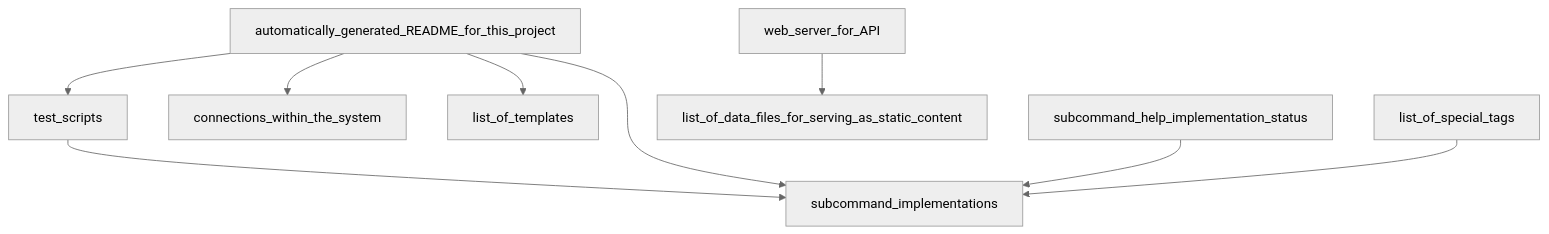
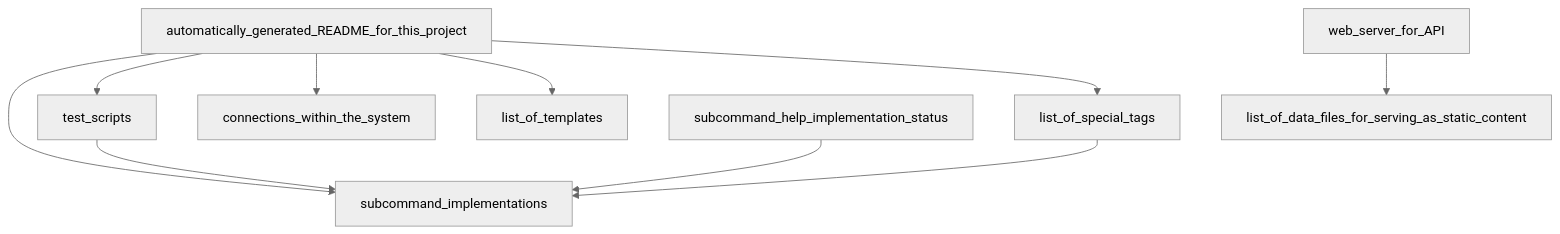
One commit to nicholas-long/ngramdb changed the diagram in database/20240710043728-86ad27b18da4fa187615/graph.mermaid. Above: the diagram before and after it, drawn with Mermaid (neutral theme). The commit also changed 4 other files, not shown here.

```diff
--- a/database/20240710043728-86ad27b18da4fa187615/graph.mermaid
+++ b/database/20240710043728-86ad27b18da4fa187615/graph.mermaid
@@ -1,9 +1,10 @@
 graph TD;
   test_scripts --> subcommand_implementations;
   automatically_generated_README_for_this_project --> subcommand_implementations;
   automatically_generated_README_for_this_project --> test_scripts;
   automatically_generated_README_for_this_project --> connections_within_the_system;
   automatically_generated_README_for_this_project --> list_of_templates;
+  automatically_generated_README_for_this_project --> list_of_special_tags;
   subcommand_help_implementation_status --> subcommand_implementations;
   web_server_for_API --> list_of_data_files_for_serving_as_static_content;
   list_of_special_tags --> subcommand_implementations;
```
